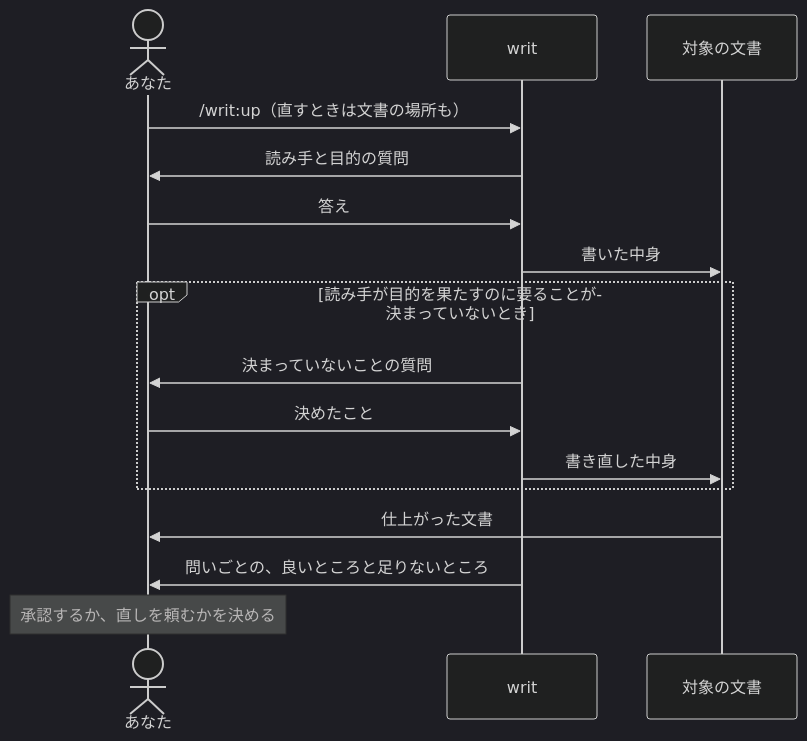
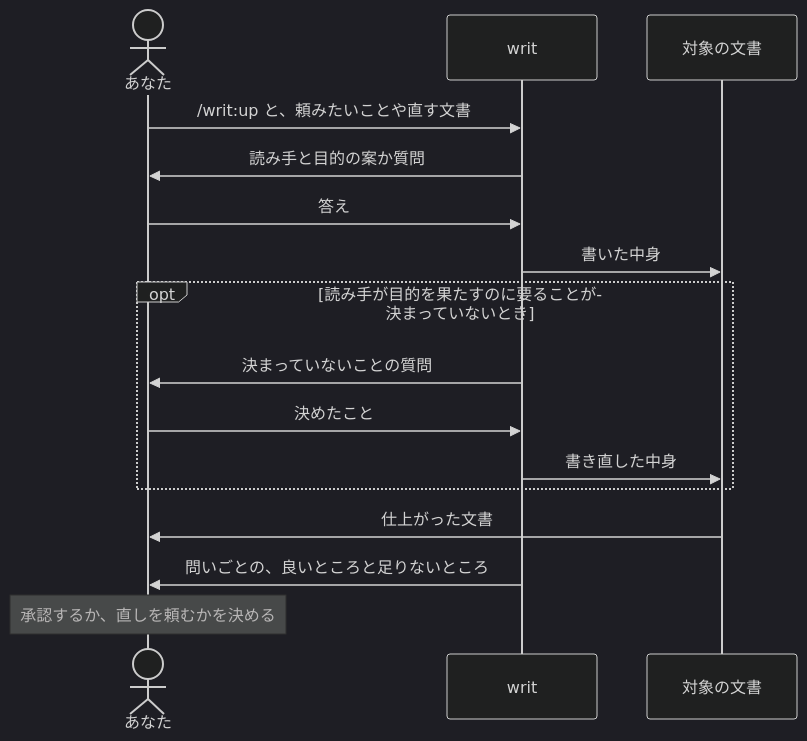
Before and after one commit to lovaizu/ccpm: the diagram in writ/README.md, drawn with Mermaid (dark theme). The commit also changed other lines of this file and 1 other file, not shown here.

Commit message:
docs(writ): writ proposes what it can infer and opens its report with whether the document can be handed over; the example shows no table and the design stops retelling the README's user-side whys

````diff
--- a/writ/README.md
+++ b/writ/README.md
@@ -12,18 +12,18 @@
 ```mermaid
 sequenceDiagram
   actor Y as あなた
   participant W as writ
   participant F as 対象の文書
-  Y->>W: /writ:up（直すときは文書の場所も）
-  W->>Y: 読み手と目的の質問
+  Y->>W: /writ:up と、頼みたいことや直す文書
+  W->>Y: 読み手と目的の案か質問
   Y->>W: 答え
   W->>F: 書いた中身
   opt 読み手が目的を果たすのに要ることが決まっていないとき
     W->>Y: 決まっていないことの質問
     Y->>W: 決めたこと
     W->>F: 書き直した中身
   end
   F->>Y: 仕上がった文書
   W->>Y: 問いごとの、良いところと足りないところ
   Note over Y: 承認するか、直しを頼むかを決める
 ```
````
